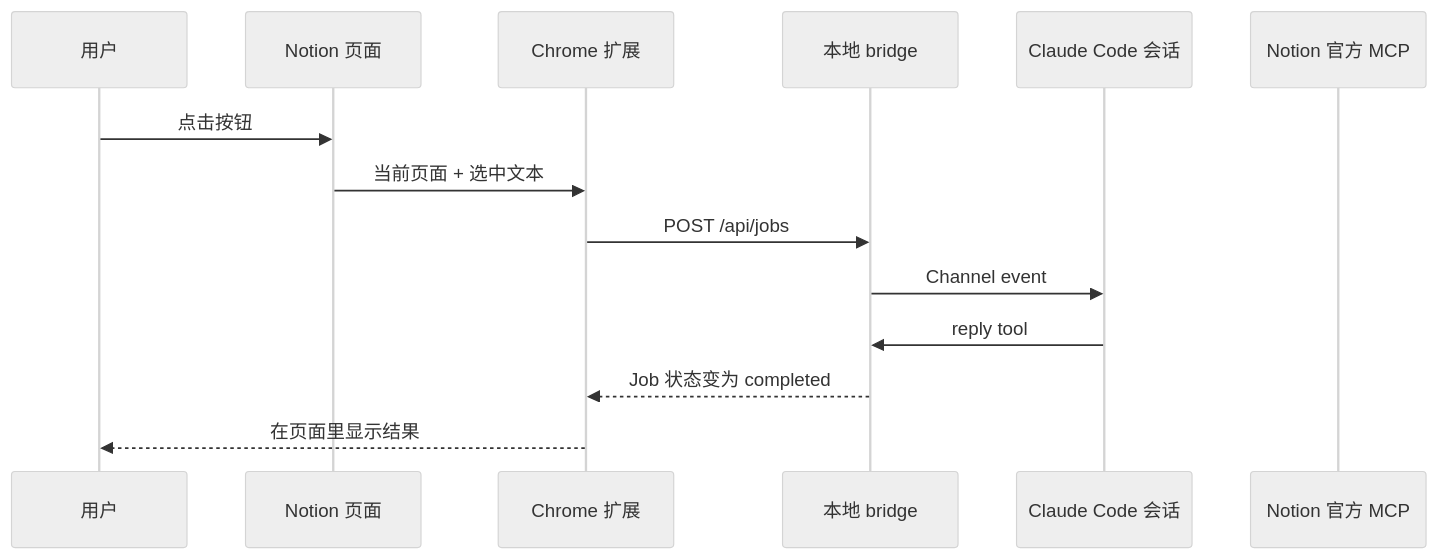
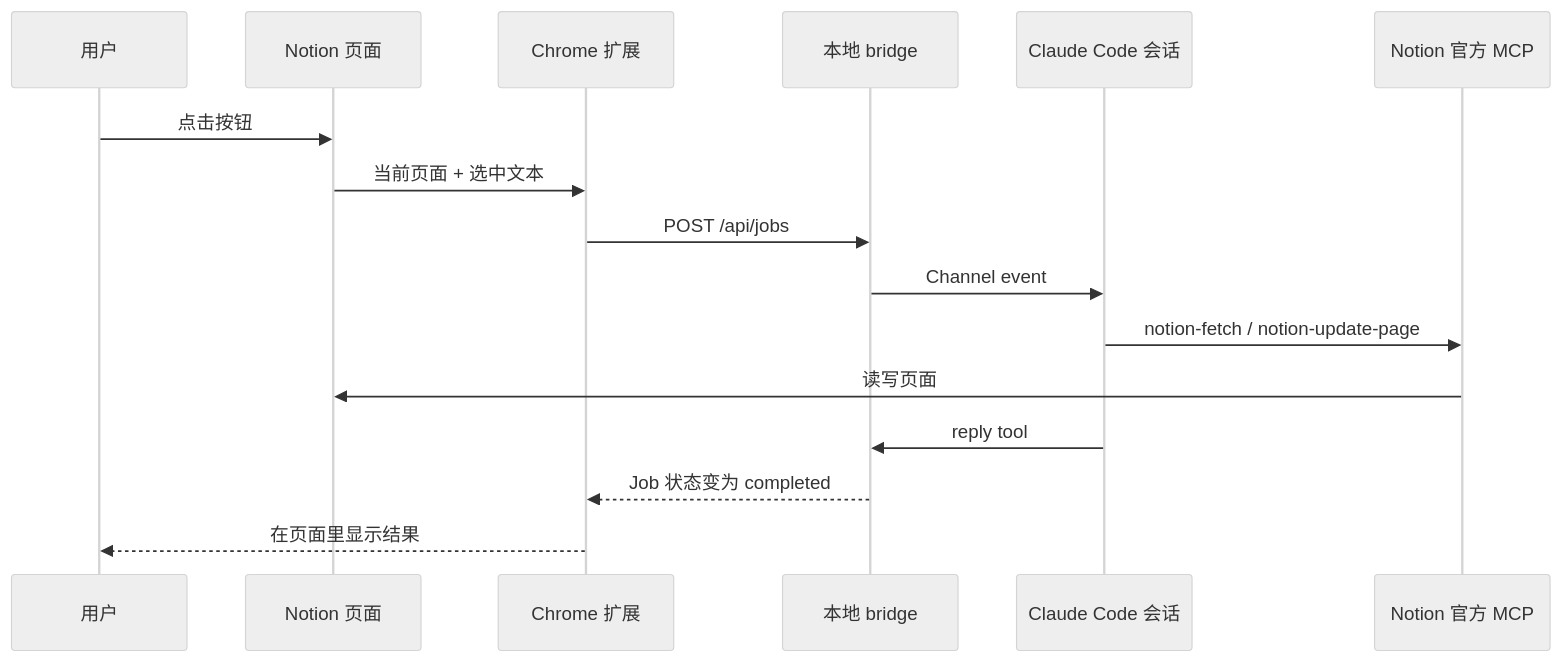
Before and after one commit to previbe/notion2CLI: the diagram in docs/ARCHITECTURE.md, drawn with Mermaid (neutral theme). The commit also changed other lines of this file and 5 other files, not shown here.

Commit message:
[feature] 支持通过 Notion MCP 读取整页并写回页面

````diff
--- a/docs/ARCHITECTURE.md
+++ b/docs/ARCHITECTURE.md
@@ -23,17 +25,19 @@
 ```mermaid
 sequenceDiagram
   participant User as 用户
   participant Notion as Notion 页面
   participant Ext as Chrome 扩展
   participant Bridge as 本地 bridge
   participant Claude as Claude Code 会话
   participant MCP as Notion 官方 MCP
 
   User->>Notion: 点击按钮
   Notion->>Ext: 当前页面 + 选中文本
   Ext->>Bridge: POST /api/jobs
   Bridge->>Claude: Channel event
+  Claude->>MCP: notion-fetch / notion-update-page
+  MCP->>Notion: 读写页面
   Claude->>Bridge: reply tool
   Bridge-->>Ext: Job 状态变为 completed
   Ext-->>User: 在页面里显示结果
 ```
````
